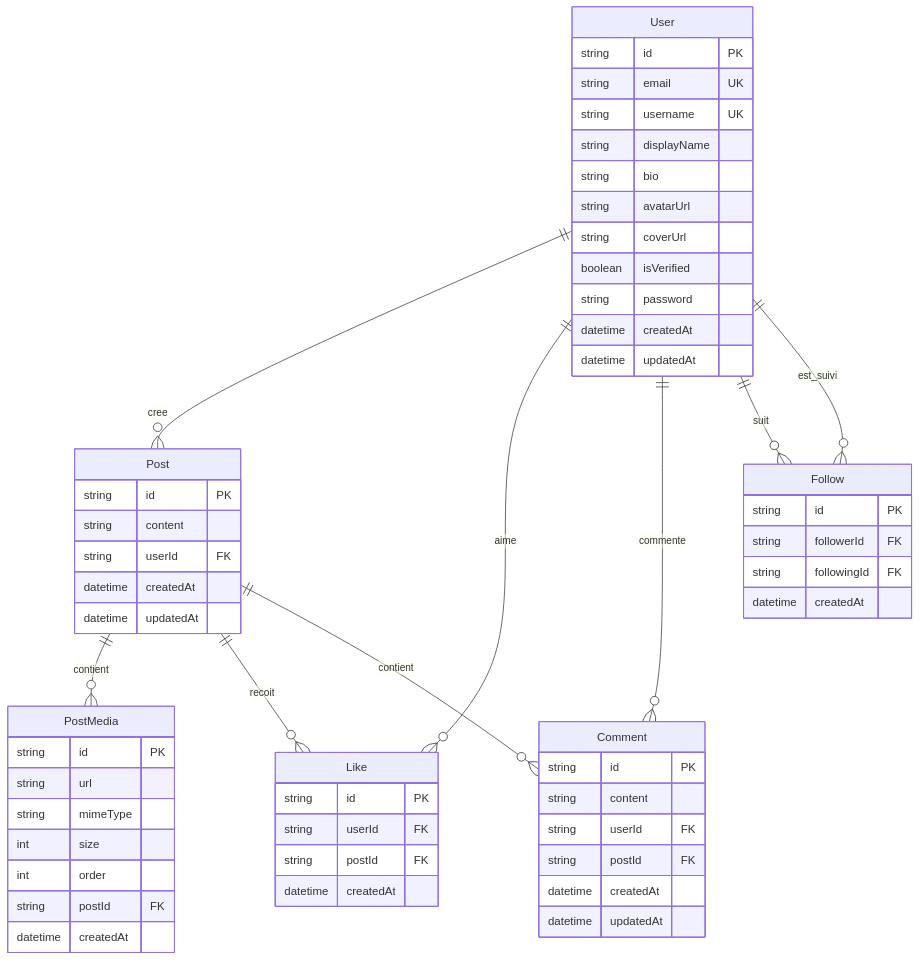
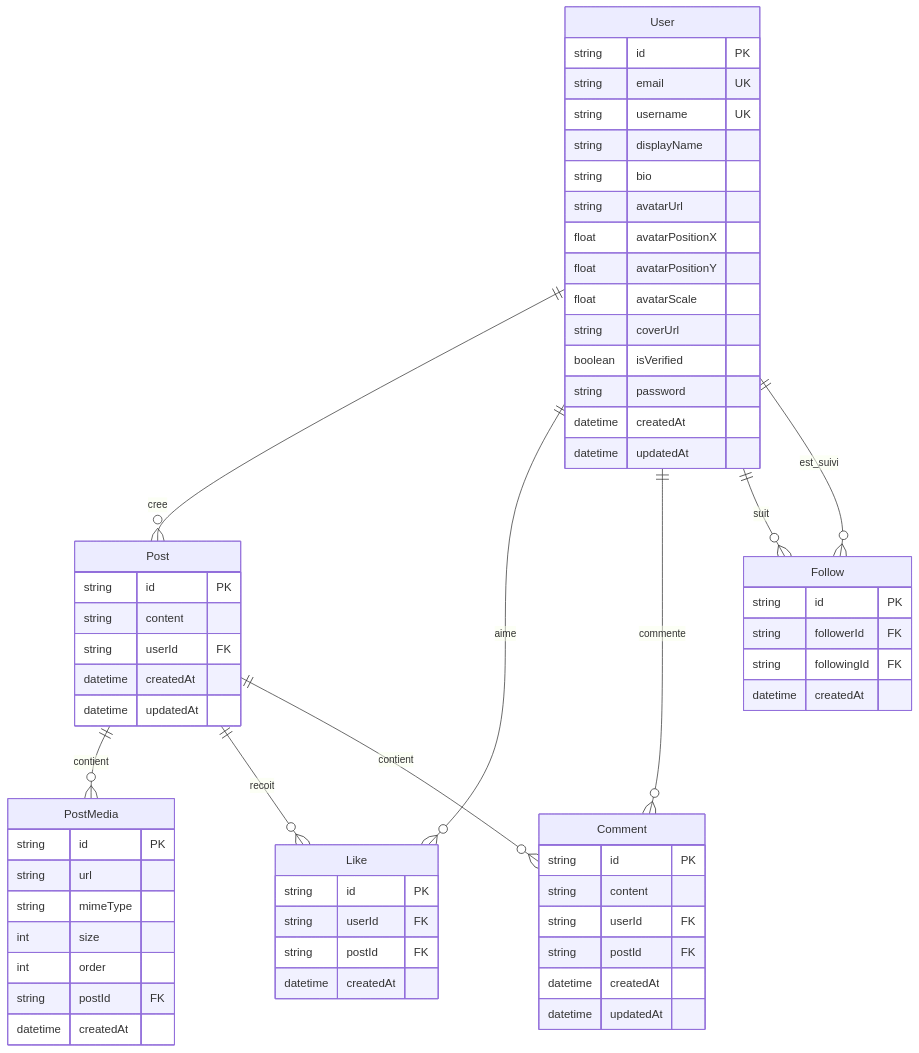
Before and after one commit to mikellachasseurdegwap/borokulture: the second of 9 diagrams in docs/02-diagrammes.md, drawn with Mermaid. The commit also changed other lines of this file and 14 other files, not shown here.

````diff
--- a/docs/02-diagrammes.md
+++ b/docs/02-diagrammes.md
@@ -36,66 +36,69 @@
 ```mermaid
 erDiagram
     User ||--o{ Post : cree
     User ||--o{ Like : aime
     User ||--o{ Comment : commente
     User ||--o{ Follow : suit
     User ||--o{ Follow : est_suivi
     Post ||--o{ PostMedia : contient
     Post ||--o{ Like : recoit
     Post ||--o{ Comment : contient
 
     User {
         string id PK
         string email UK
         string username UK
         string displayName
         string bio
         string avatarUrl
+        float avatarPositionX
+        float avatarPositionY
+        float avatarScale
         string coverUrl
         boolean isVerified
         string password
         datetime createdAt
         datetime updatedAt
     }
 
     Post {
         string id PK
         string content
         string userId FK
         datetime createdAt
         datetime updatedAt
     }
 
     PostMedia {
         string id PK
         string url
         string mimeType
         int size
         int order
         string postId FK
         datetime createdAt
     }
 
     Like {
         string id PK
         string userId FK
         string postId FK
         datetime createdAt
     }
 
     Comment {
         string id PK
         string content
         string userId FK
         string postId FK
         datetime createdAt
         datetime updatedAt
     }
 
     Follow {
         string id PK
         string followerId FK
         string followingId FK
         datetime createdAt
     }
 ```
````
